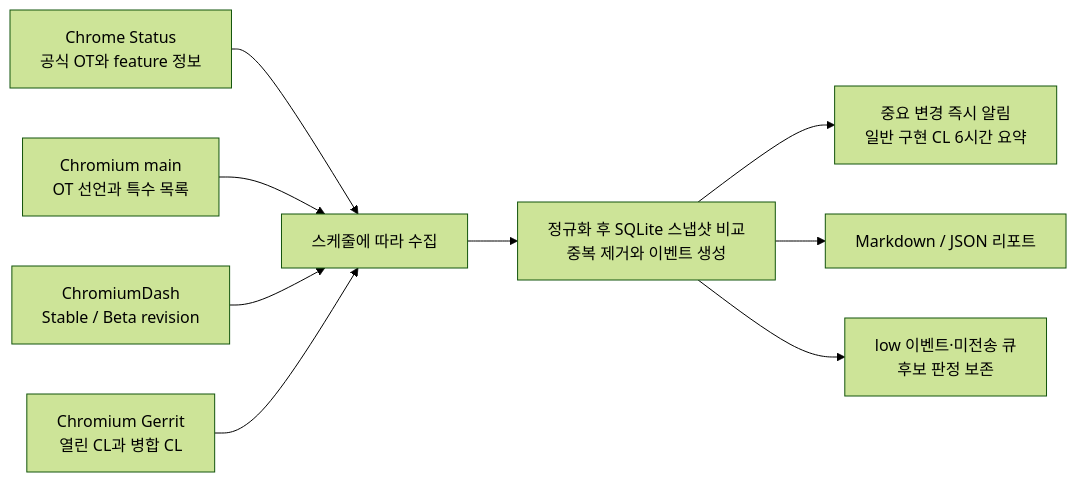
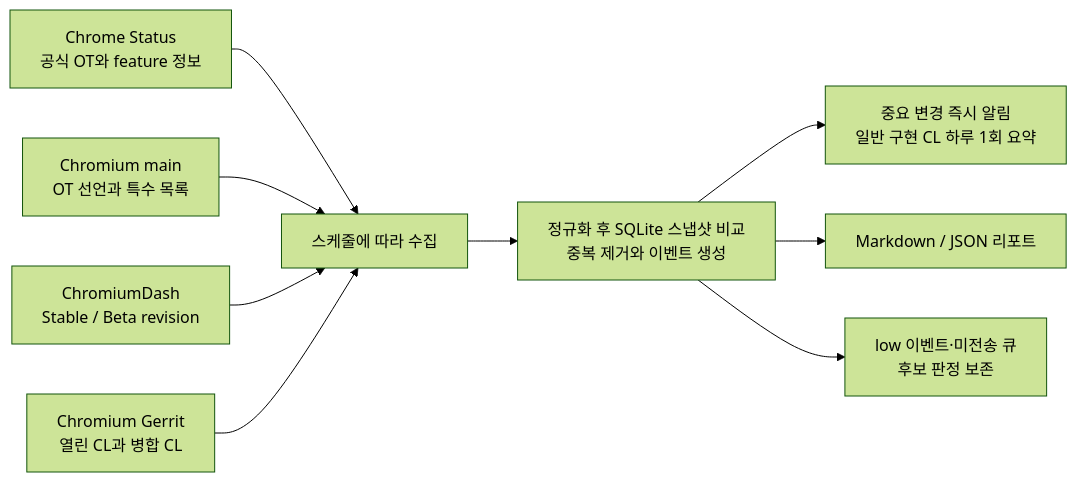
The diagram in README.md (0xHunSec/ot-tracker), drawn with Mermaid (forest theme) before and after one commit. The commit also changed other lines of this file and 4 other files, not shown here.

````diff
--- a/README.md
+++ b/README.md
@@ -133,17 +133,17 @@
 ```mermaid
 flowchart LR
     A[Chrome Status<br/>공식 OT와 feature 정보]
     B[Chromium main<br/>OT 선언과 특수 목록]
     C[ChromiumDash<br/>Stable / Beta revision]
     D[Chromium Gerrit<br/>열린 CL과 병합 CL]
 
     A --> E[스케줄에 따라 수집]
     B --> E
     C --> E
     D --> E
 
     E --> F[정규화 후 SQLite 스냅샷 비교<br/>중복 제거와 이벤트 생성]
-    F --> G[중요 변경 즉시 알림<br/>일반 구현 CL 6시간 요약]
+    F --> G[중요 변경 즉시 알림<br/>일반 구현 CL 하루 1회 요약]
     F --> H[Markdown / JSON 리포트]
     F --> I[low 이벤트·미전송 큐<br/>후보 판정 보존]
 ```
````
